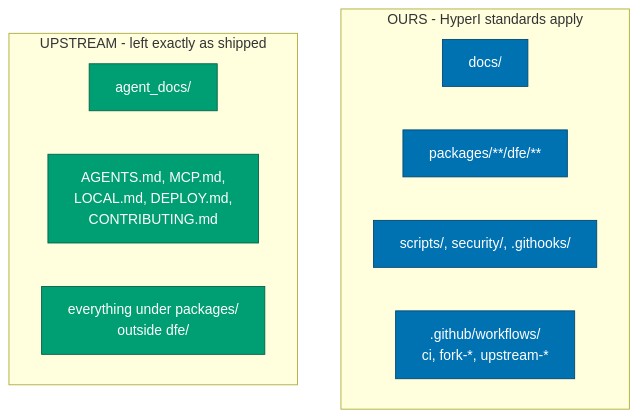
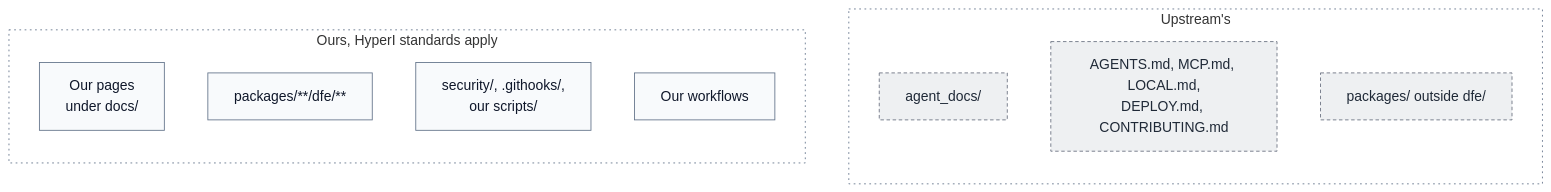
Before and after one commit to hyperi-io/dfe-hyperdx: the diagram in docs/README.md, drawn with Mermaid. The commit also changed other lines of this file and 24 other files, not shown here.

First line of the commit message:
docs(hyperdx): fix claims and redraw the fork docs diagrams

````diff
--- a/docs/README.md
+++ b/docs/README.md
@@ -22,20 +19,28 @@
 ```mermaid
-flowchart TB
-    subgraph ours["OURS - HyperI standards apply"]
-        d["docs/"]
+flowchart LR
+    accTitle: L4 Detail -- Ours and upstream's files
+    accDescr: Ours are our pages under docs, every dfe directory under packages, the security and githooks directories, our scripts and the workflows we added. Upstream's are agent_docs, the root agent and contributor docs, and everything under packages outside a dfe directory. Ownership is per file, and .fork-surface lists the upstream files we edit.
+
+    subgraph ours["Ours, HyperI standards apply"]
+        direction TB
+        d["Our pages<br/>under docs/"]
         dfe["packages/**/dfe/**"]
-        tools["scripts/, security/, .githooks/"]
-        wf[".github/workflows/<br/>ci, fork-*, upstream-*"]
+        tools["security/, .githooks/,<br/>our scripts/"]
+        wf["Our workflows"]
     end
 
-    subgraph theirs["UPSTREAM - left exactly as shipped"]
+    subgraph theirs["Upstream's"]
+        direction TB
         ad["agent_docs/"]
-        rootmd["AGENTS.md, MCP.md,<br/>LOCAL.md, DEPLOY.md,<br/>CONTRIBUTING.md"]
-        code["everything under packages/<br/>outside dfe/"]
+        rootmd["AGENTS.md, MCP.md, LOCAL.md,<br/>DEPLOY.md, CONTRIBUTING.md"]
+        code["packages/ outside dfe/"]
     end
 
-    classDef mine fill:#0072B2,stroke:#00456b,color:#ffffff
-    classDef up fill:#009E73,stroke:#005f45,color:#ffffff
-    class d,dfe,tools,wf mine
-    class ad,rootmd,code up
+    ours ~~~ theirs
+
+    classDef default fill:#F8FAFC,stroke:#64748B,stroke-width:1px,color:#0F172A
+    classDef ext fill:#EEF0F2,stroke:#6B7280,stroke-width:1px,stroke-dasharray:4 3,color:#1F2937
+    classDef group fill:none,stroke:#64748B,stroke-width:1px,stroke-dasharray:2 4
+    class ad,rootmd,code ext
+    class ours,theirs group
 ```
````
